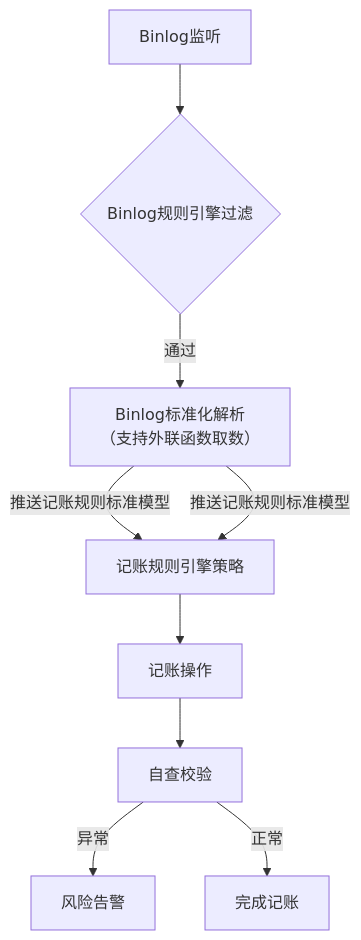
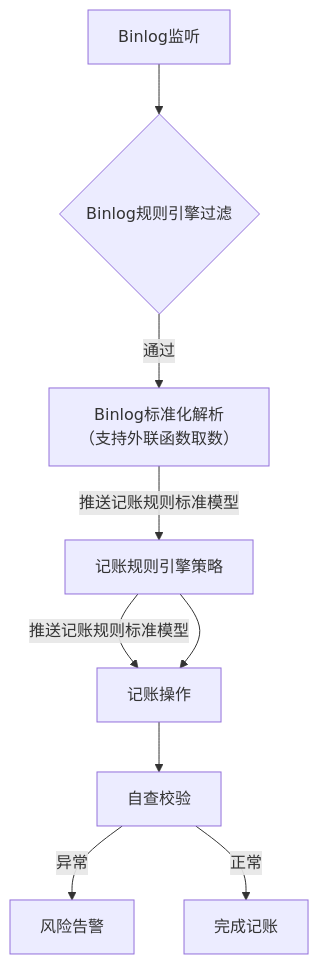
Before and after one commit to 87828943/iodraw-files: the diagram in all/架构流程.md, drawn with Mermaid.

Commit message:
2025-07-07 11:26:04 update

````diff
--- a/all/架构流程.md
+++ b/all/架构流程.md
@@ -1,12 +1,12 @@
 ```mermaid
 graph TD
     A[Binlog监听] --> B{Binlog规则引擎过滤}
     B -->|通过| C[Binlog标准化解析
     （支持外联函数取数）]
     C --> |推送记账规则标准模型|D[记账规则引擎策略]
-    C --> |推送记账规则标准模型|D[记账规则引擎策略]
+    D --> |推送记账规则标准模型|E[记账规则引擎策略]
     D --> E[记账操作]
     E --> F[自查校验]
     F -->|异常| G[风险告警]
     F -->|正常| H[完成记账]
 ```
````
